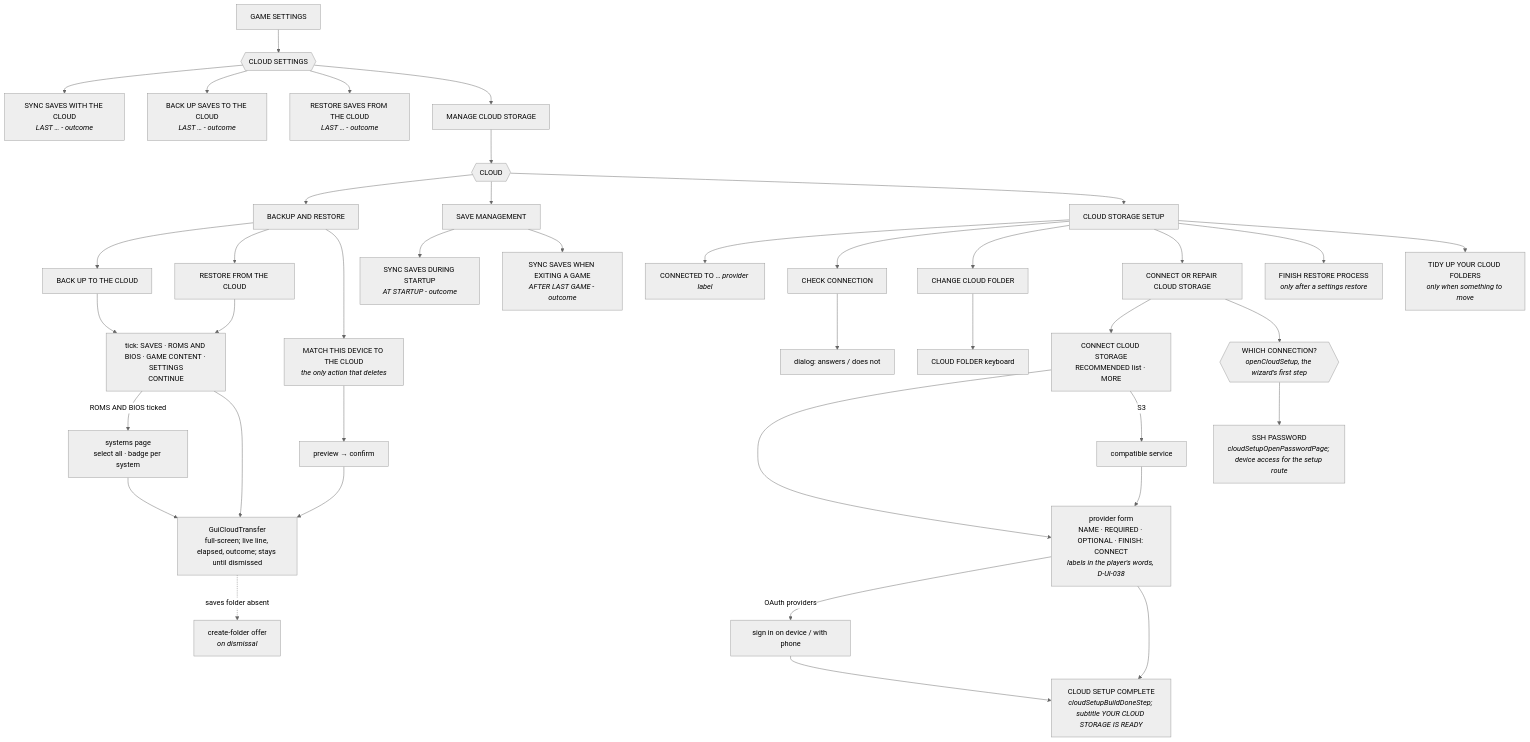
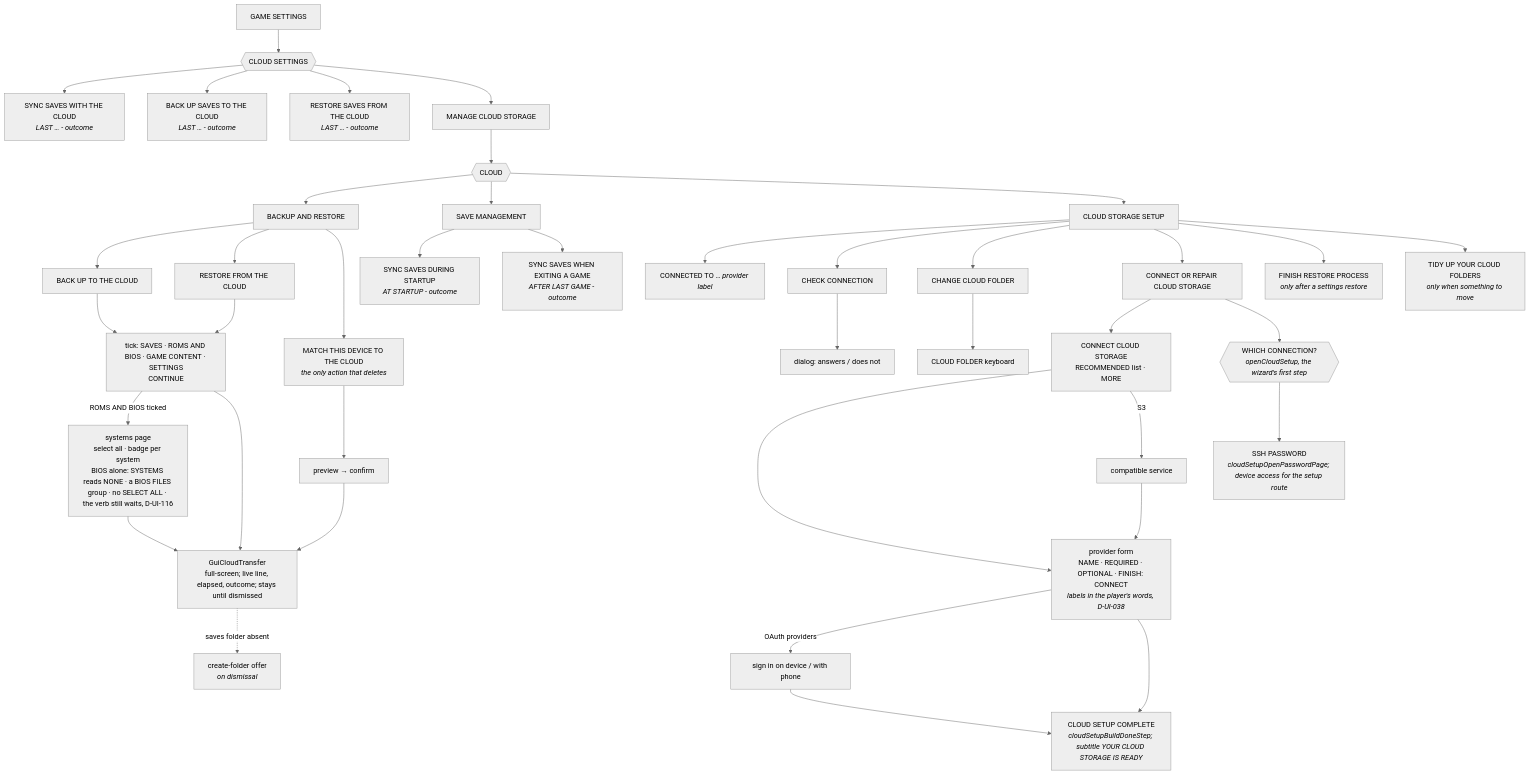
The second of 5 diagrams in docs/es-menu-map.md (maxengel/rocknix), drawn with Mermaid (neutral theme) before and after one commit. The commit also changed 3 other files, not shown here.

Commit message:
audit of the fix round: PL-024 resolved, E2's PL-019 resolved and PL-030 withdrawn; D-UI-116; the menu map's BIOS-alone state

````diff
--- a/docs/es-menu-map.md
+++ b/docs/es-menu-map.md
@@ -122,38 +122,38 @@
 ```mermaid
 flowchart TD
     GS[GAME SETTINGS] --> CS{{CLOUD SETTINGS}}
     CS --> SYNC[SYNC SAVES WITH THE CLOUD<br/><i>LAST … - outcome</i>]
     CS --> UP[BACK UP SAVES TO THE CLOUD<br/><i>LAST … - outcome</i>]
     CS --> DOWN[RESTORE SAVES FROM THE CLOUD<br/><i>LAST … - outcome</i>]
     CS --> ALL[MANAGE CLOUD STORAGE]
 
     ALL --> HUB{{CLOUD}}
     HUB --> BR[BACKUP AND RESTORE]
     BR --> BU[BACK UP TO THE CLOUD] --> TICK[tick: SAVES · ROMS AND BIOS · GAME CONTENT · SETTINGS<br/>CONTINUE]
     BR --> RE[RESTORE FROM THE CLOUD] --> TICK
-    TICK -->|ROMS AND BIOS ticked| PICK[systems page<br/>select all · badge per system]
+    TICK -->|ROMS AND BIOS ticked| PICK[systems page<br/>select all · badge per system<br/>BIOS alone: SYSTEMS reads NONE · a BIOS FILES group · no SELECT ALL · the verb still waits, D-UI-116]
     TICK --> XFER[GuiCloudTransfer<br/>full-screen; live line, elapsed, outcome; stays until dismissed]
     PICK --> XFER
     XFER -.->|saves folder absent| OFFER[create-folder offer<br/><i>on dismissal</i>]
     BR --> MATCH[MATCH THIS DEVICE TO THE CLOUD<br/><i>the only action that deletes</i>] --> PREV[preview → confirm] --> XFER
 
     HUB --> SM[SAVE MANAGEMENT]
     SM --> ST[SYNC SAVES DURING STARTUP<br/><i>AT STARTUP - outcome</i>]
     SM --> GE[SYNC SAVES WHEN EXITING A GAME<br/><i>AFTER LAST GAME - outcome</i>]
 
     HUB --> CSS[CLOUD STORAGE SETUP]
     CSS --> CT[CONNECTED TO … <i>provider label</i>]
     CSS --> CHK[CHECK CONNECTION] --> CHKD[dialog: answers / does not]
     CSS --> FOLDER[CHANGE CLOUD FOLDER] --> KB[CLOUD FOLDER keyboard]
     CSS --> CONN[CONNECT OR REPAIR CLOUD STORAGE] --> LIST[CONNECT CLOUD STORAGE<br/>RECOMMENDED list · MORE]
     LIST --> FORM[provider form<br/>NAME · REQUIRED · OPTIONAL · FINISH: CONNECT<br/><i>labels in the player's words, D-UI-038</i>]
     LIST -->|S3| SUB[compatible service] --> FORM
     FORM -->|OAuth providers| OAUTH[sign in on device / with phone]
     CSS --> FIN[FINISH RESTORE PROCESS<br/><i>only after a settings restore</i>]
     CSS --> TIDY[TIDY UP YOUR CLOUD FOLDERS<br/><i>only when something to move</i>]
 
     CONN --> WHICH{{WHICH CONNECTION?<br/><i>openCloudSetup, the wizard's first step</i>}}
     WHICH --> PWPAGE[SSH PASSWORD<br/><i>cloudSetupOpenPasswordPage; device access for the setup route</i>]
     OAUTH --> DONE[CLOUD SETUP COMPLETE<br/><i>cloudSetupBuildDoneStep; subtitle YOUR CLOUD STORAGE IS READY</i>]
     FORM --> DONE
 ```
````
